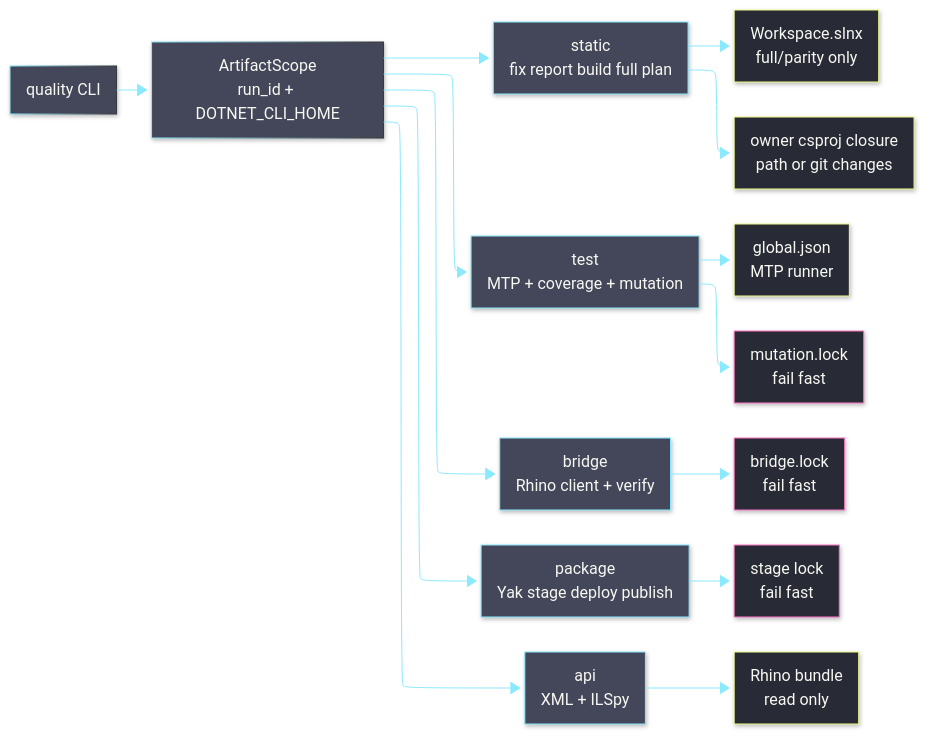
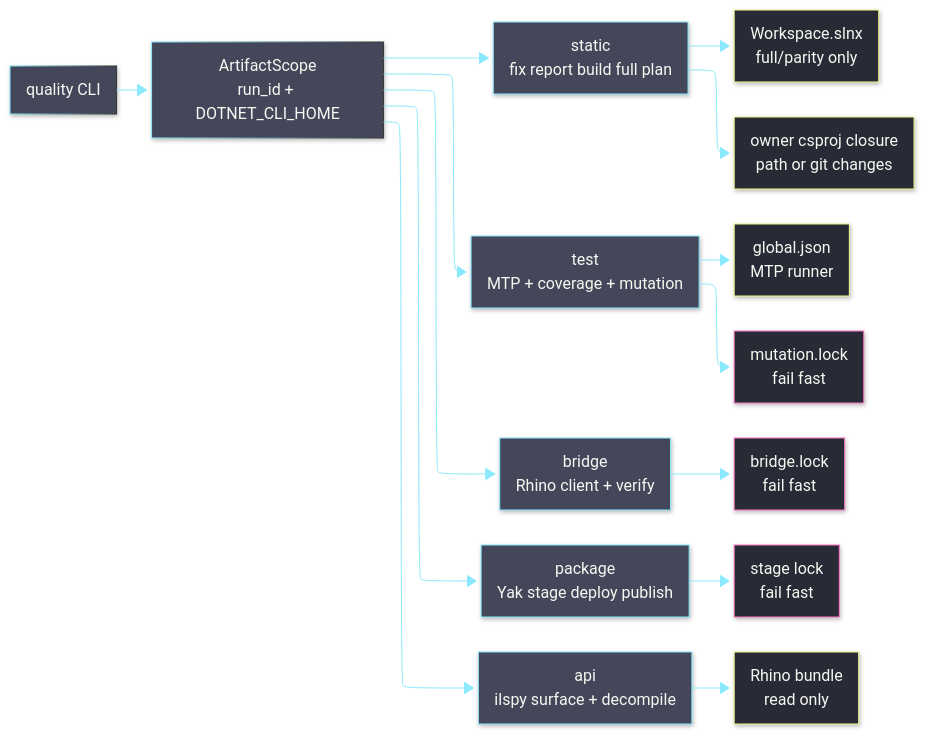
One commit to bsamiee/Rasm changed the diagram in tools/quality/README.md. Above: the diagram before and after it, drawn with Mermaid. The commit also changed other lines of this file and 84 other files, not shown here.

````diff
--- a/tools/quality/README.md
+++ b/tools/quality/README.md
@@ -20,42 +22,42 @@
 ```mermaid
 ---
 config:
   layout: elk
   look: neo
   theme: base
   themeVariables:
     background: "#282a36"
     fontFamily: "JetBrains Mono, monospace"
     primaryColor: "#44475a"
     primaryTextColor: "#f8f8f2"
     primaryBorderColor: "#8be9fd"
     lineColor: "#8be9fd"
     clusterBkg: "#21222c"
     clusterBorder: "#6272a4"
 ---
 flowchart LR
   accTitle: Quality operator routing
   accDescr: Static fixes and builds CSharp projects. Test runs MTP and explicit mutation. Bridge owns live Rhino. Package owns Yak staging. API reads host metadata.
 
   cli["quality CLI"] --> scope["ArtifactScope<br/>run_id + DOTNET_CLI_HOME"]
   scope --> static["static<br/>fix report build full plan"]
   scope --> test["test<br/>MTP + coverage + mutation"]
   scope --> bridge["bridge<br/>Rhino client + verify"]
   scope --> package["package<br/>Yak stage deploy publish"]
-  scope --> api["api<br/>XML + ILSpy"]
+  scope --> api["api<br/>ilspy surface + decompile"]
 
   static --> slnx["Workspace.slnx<br/>full/parity only"]
   static --> csproj["owner csproj closure<br/>path or git changes"]
   test --> mtp["global.json<br/>MTP runner"]
   test --> mutation["mutation.lock<br/>fail fast"]
   bridge --> rhino["bridge.lock<br/>fail fast"]
   package --> yak["stage lock<br/>fail fast"]
   api --> bundle["Rhino bundle<br/>read only"]
 
   classDef rail fill:#44475a,stroke:#8be9fd,color:#f8f8f2
   classDef proof fill:#282a36,stroke:#f1fa8c,color:#f8f8f2
   classDef exclusive fill:#282a36,stroke:#ff79c6,color:#f8f8f2
   class static,test,bridge,package,api rail
   class slnx,csproj,mtp,bundle proof
   class mutation,rhino,yak exclusive
 ```
````
